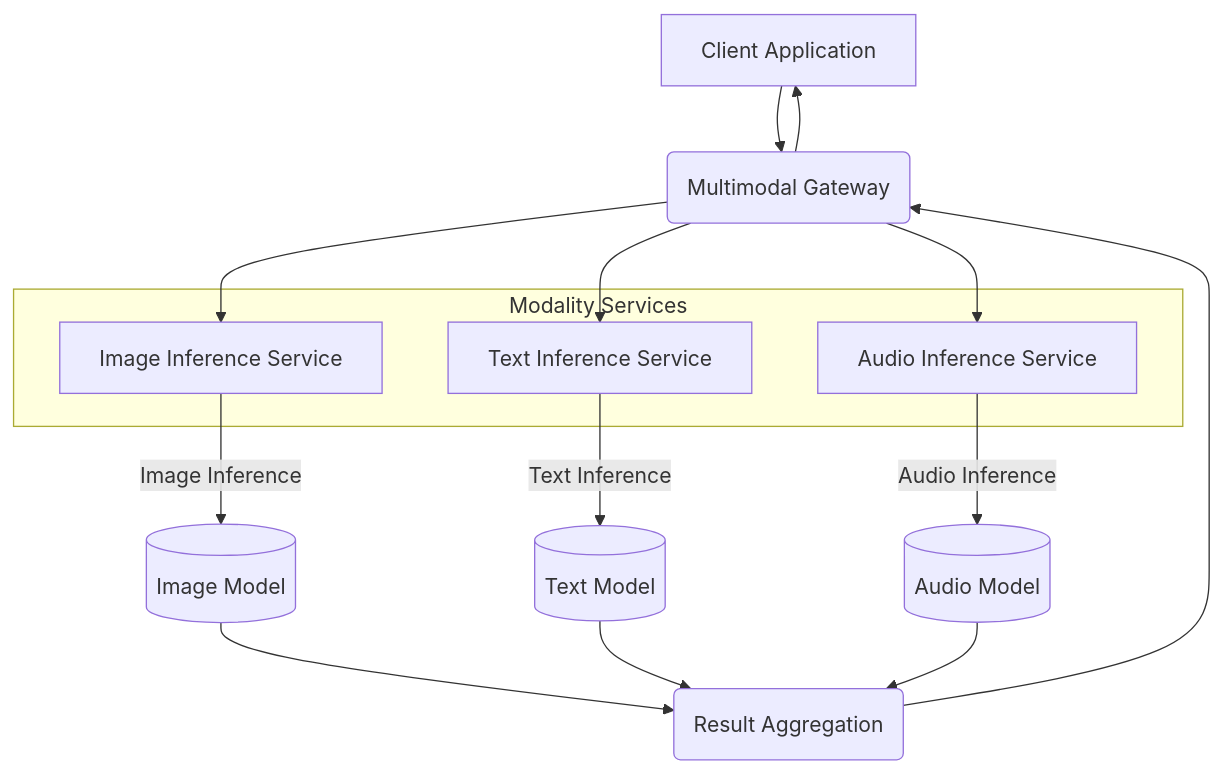
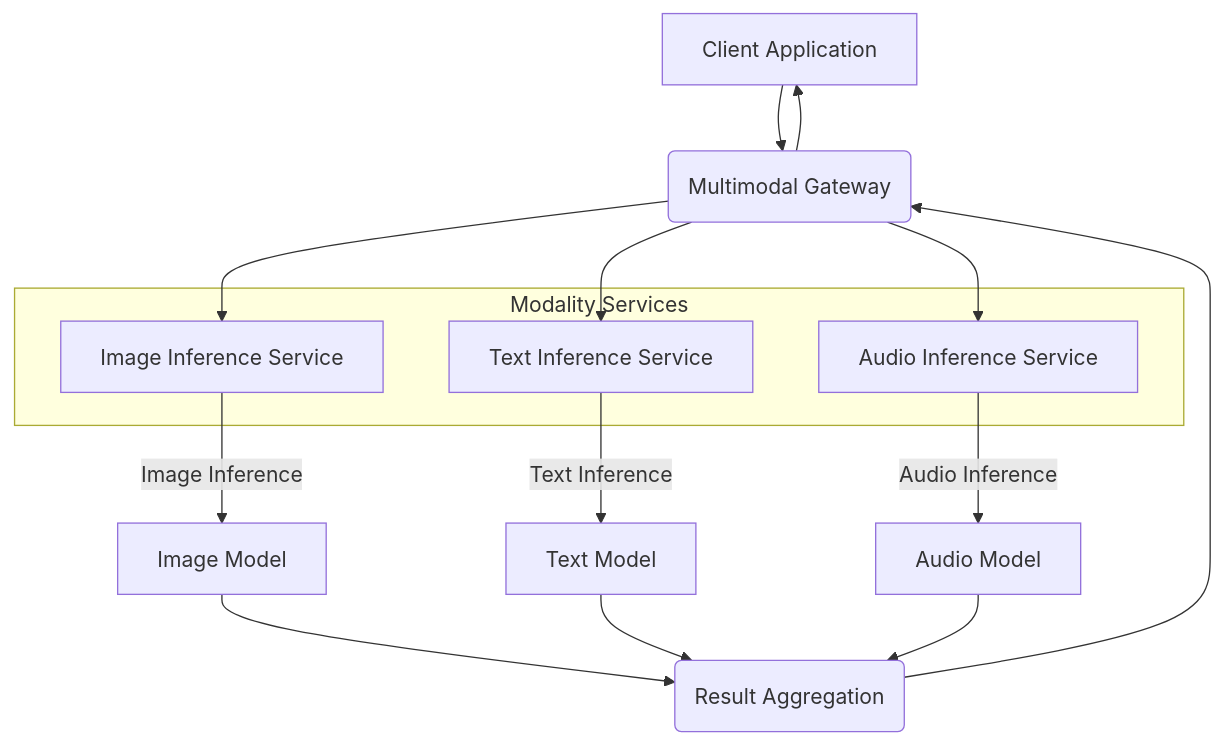
One commit to kkyu92/playbook changed the diagram in content/harness-engineering/multimodal-ai-model-serving-architecture-patterns.mdx. Above: the diagram before and after it, drawn with Mermaid.

Commit message:
fix(mermaid): cylinder shape ID 사용 → quoted label 변환 — CI 차단 해소
multimodal-ai-model-serving-architecture-patterns.mdx Mermaid 블록:
cylinder shape ID[("label")] → ID["label"] 변환 (3건)
AUTO-FIX #1 regex camelCase ID 미매치 버그 우회. CI 언블록.

````diff
--- a/content/harness-engineering/multimodal-ai-model-serving-architecture-patterns.mdx
+++ b/content/harness-engineering/multimodal-ai-model-serving-architecture-patterns.mdx
@@ -103,23 +103,23 @@
 ```mermaid
 graph TD
     Client["Client Application"] --> Gateway("Multimodal Gateway")
     Gateway --> ImageService["Image Inference Service"]
     Gateway --> TextService["Text Inference Service"]
     Gateway --> AudioService["Audio Inference Service"]
 
-    ImageService -- Image Inference --> ImageModel[("Image Model")]
-    TextService -- Text Inference --> TextModel[("Text Model")]
-    AudioService -- Audio Inference --> AudioModel[("Audio Model")]
+    ImageService -- Image Inference --> ImageModel["Image Model"]
+    TextService -- Text Inference --> TextModel["Text Model"]
+    AudioService -- Audio Inference --> AudioModel["Audio Model"]
 
     ImageModel --> GatewayResult(Result Aggregation)
     TextModel --> GatewayResult
     AudioModel --> GatewayResult
     GatewayResult --> Gateway
     Gateway --> Client
 
     subgraph "Modality Services"
         ImageService
         TextService
         AudioService
     end
 ```
````
